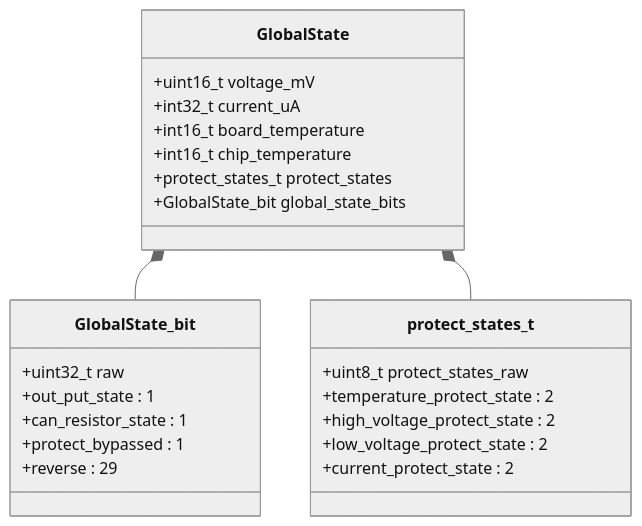
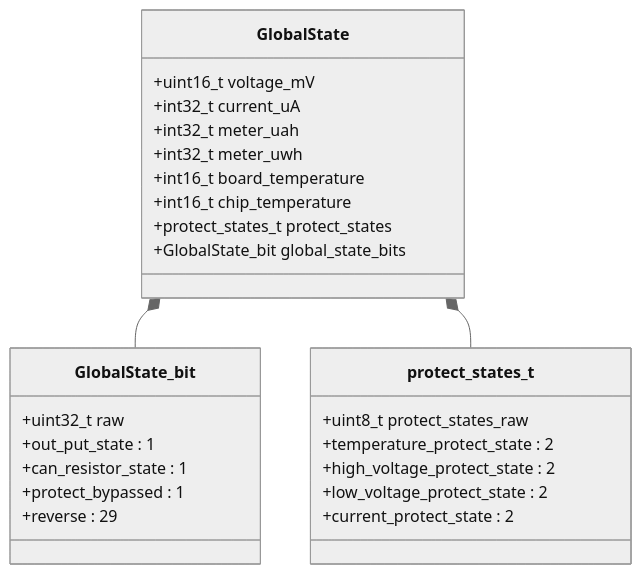
The second of 2 diagrams in components/app/global_state/README.md (qingmeijiupiao/Wireless_power_meter_lite), drawn with Mermaid (neutral theme) before and after one commit. The commit also changed other lines of this file and 13 other files, not shown here.

````diff
--- a/components/app/global_state/README.md
+++ b/components/app/global_state/README.md
@@ -28,27 +28,29 @@
 ```mermaid
 classDiagram
     class GlobalState {
         +uint16_t voltage_mV
         +int32_t current_uA
+        +int32_t meter_uah
+        +int32_t meter_uwh
         +int16_t board_temperature
         +int16_t chip_temperature
         +protect_states_t protect_states
         +GlobalState_bit global_state_bits
     }
     class GlobalState_bit {
         +uint32_t raw
         +out_put_state : 1
         +can_resistor_state : 1
         +protect_bypassed : 1
         +reverse : 29
     }
     class protect_states_t {
         +uint8_t protect_states_raw
         +temperature_protect_state : 2
         +high_voltage_protect_state : 2
         +low_voltage_protect_state : 2
         +current_protect_state : 2
     }
     GlobalState *-- GlobalState_bit
     GlobalState *-- protect_states_t
 ```
````
